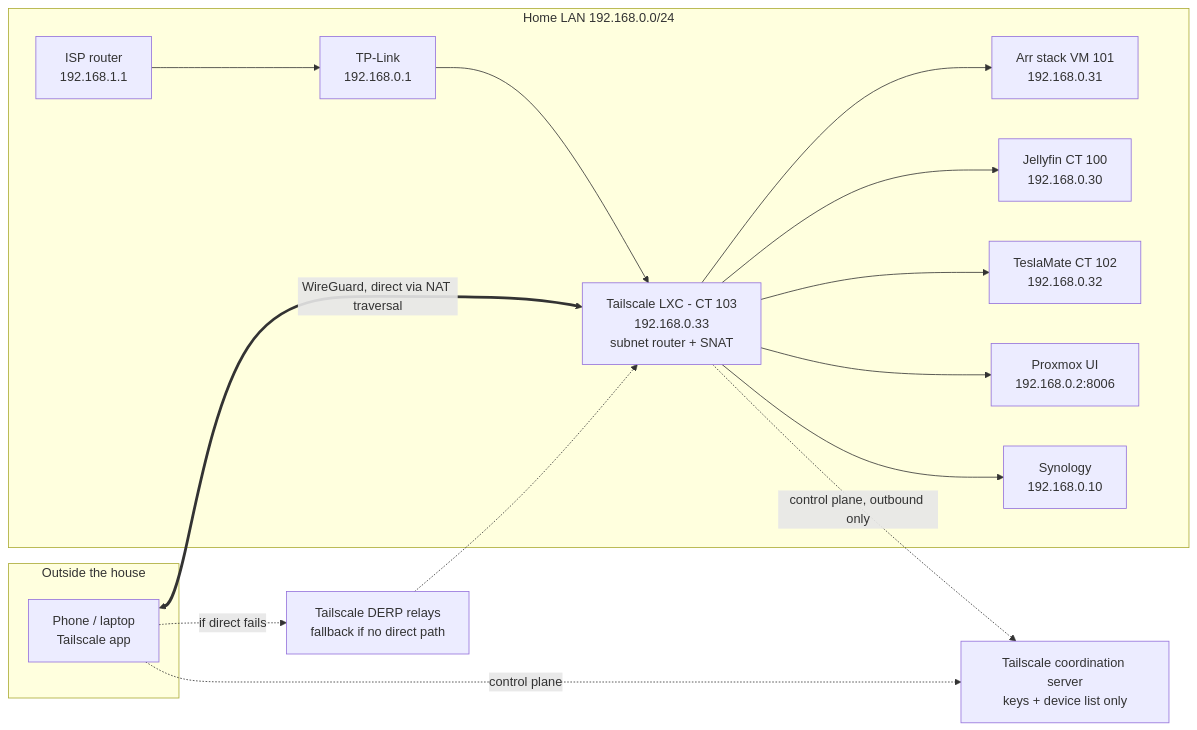
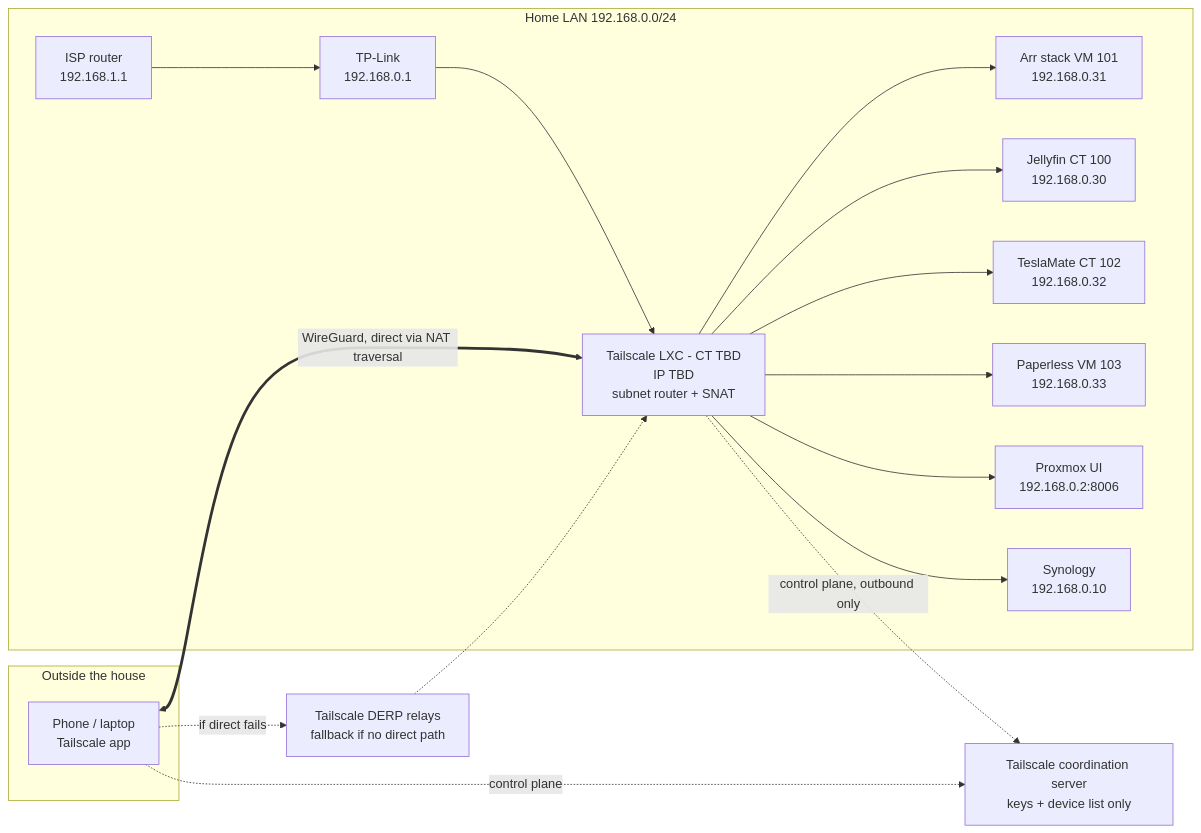
The diagram in services/tailscale/README.md (Rhod3/homelab), drawn with Mermaid before and after one commit. The commit also changed other lines of this file and 10 other files, not shown here.

````diff
--- a/services/tailscale/README.md
+++ b/services/tailscale/README.md
@@ -13,24 +13,25 @@
 ```mermaid
 flowchart LR
     subgraph Remote[Outside the house]
         Phone[Phone / laptop<br/>Tailscale app]
     end
 
     Coord[Tailscale coordination server<br/>keys + device list only]
     DERP[Tailscale DERP relays<br/>fallback if no direct path]
 
     subgraph Home[Home LAN 192.168.0.0/24]
         ISP[ISP router<br/>192.168.1.1] --> TPL[TP-Link<br/>192.168.0.1]
-        TPL --> CT103[Tailscale LXC - CT 103<br/>192.168.0.33<br/>subnet router + SNAT]
-        CT103 --> ARR[Arr stack VM 101<br/>192.168.0.31]
-        CT103 --> JF[Jellyfin CT 100<br/>192.168.0.30]
-        CT103 --> TM[TeslaMate CT 102<br/>192.168.0.32]
-        CT103 --> PVE[Proxmox UI<br/>192.168.0.2:8006]
-        CT103 --> NAS[Synology<br/>192.168.0.10]
+        TPL --> TSR[Tailscale LXC - CT TBD<br/>IP TBD<br/>subnet router + SNAT]
+        TSR --> ARR[Arr stack VM 101<br/>192.168.0.31]
+        TSR --> JF[Jellyfin CT 100<br/>192.168.0.30]
+        TSR --> TM[TeslaMate CT 102<br/>192.168.0.32]
+        TSR --> PL[Paperless VM 103<br/>192.168.0.33]
+        TSR --> PVE[Proxmox UI<br/>192.168.0.2:8006]
+        TSR --> NAS[Synology<br/>192.168.0.10]
     end
 
     Phone -. control plane .-> Coord
-    CT103 -. control plane, outbound only .-> Coord
-    Phone <==>|WireGuard, direct via NAT traversal| CT103
-    Phone -. if direct fails .-> DERP -.-> CT103
+    TSR -. control plane, outbound only .-> Coord
+    Phone <==>|WireGuard, direct via NAT traversal| TSR
+    Phone -. if direct fails .-> DERP -.-> TSR
 ```
````
